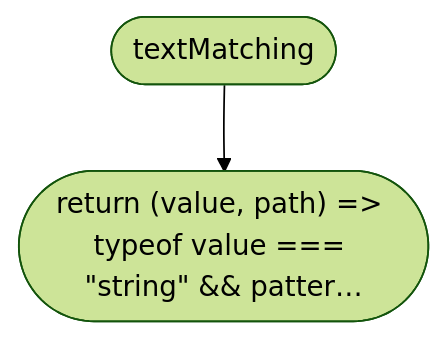
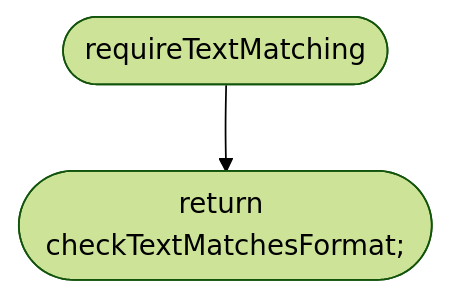
Before and after one commit to NewDara-Star/world-engine: the ninth of 38 diagrams in docs/flows/src/place/parse.md, drawn with Mermaid (forest theme). The commit also changed other lines of this file and 18 other files, not shown here.

````diff
--- a/docs/flows/src/place/parse.md
+++ b/docs/flows/src/place/parse.md
@@ -76,6 +132,6 @@
 ```mermaid
 flowchart TD
-  n1(["textMatching"])
-  n2(["return (value, path) =#gt; typeof value === #quot;string#quot; && patter…"])
+  n1(["requireTextMatching"])
+  n2(["return checkTextMatchesFormat;"])
   n1 --> n2
 ```
````
